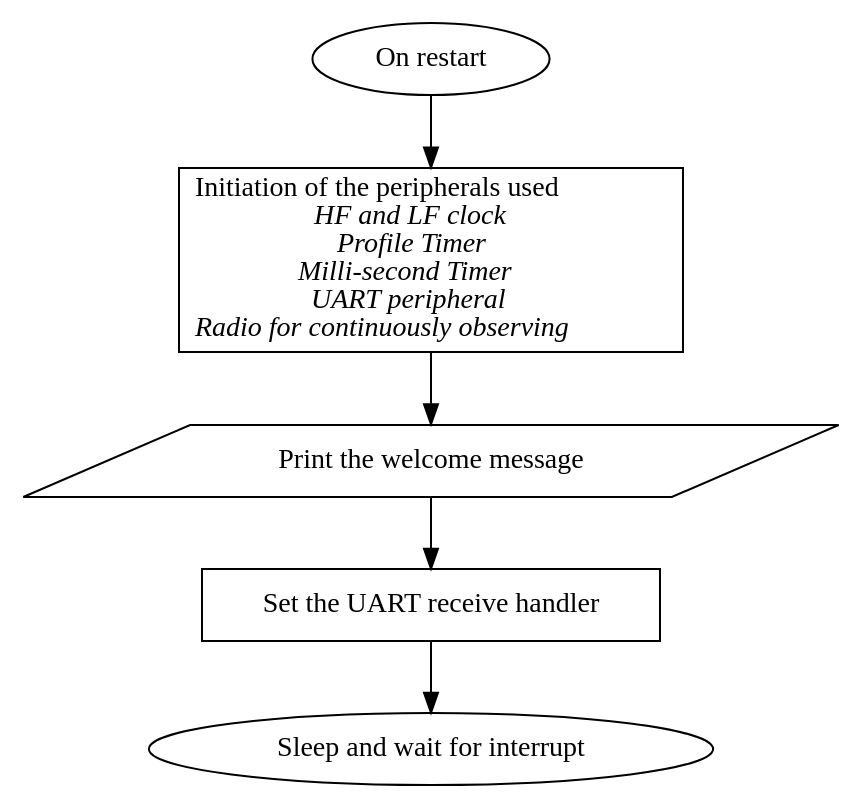
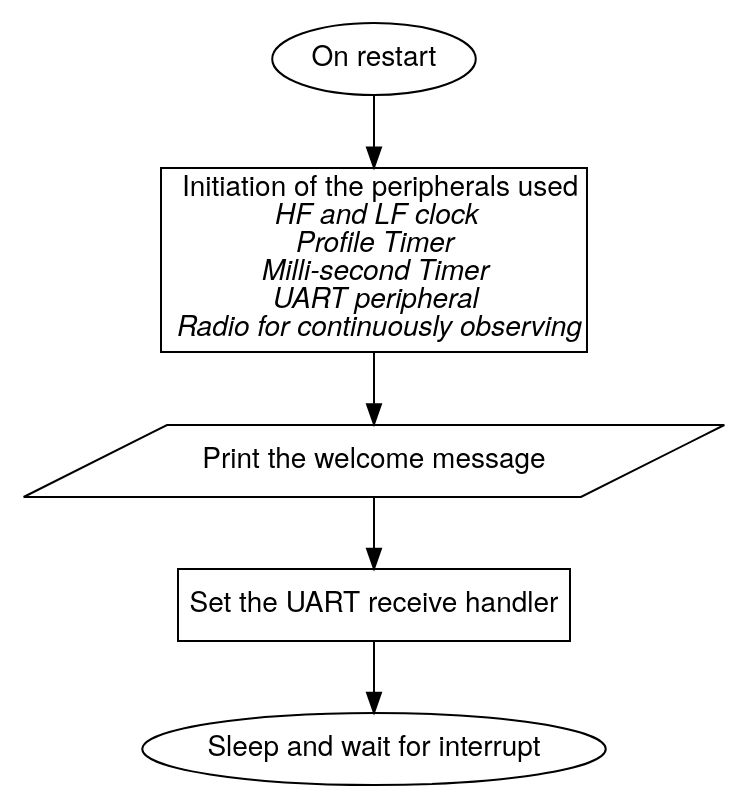
Before and after one commit to EarthLord/MasterThesisReport: the diagram in Images/main_chart.dot, drawn with Graphviz. The commit also changed 48 other files, not shown here.

```diff
--- a/Images/main_chart.dot
+++ b/Images/main_chart.dot
@@ -1,9 +1,13 @@
   digraph main_flow {
- 	a [shape = oval, label = "On restart"]
- 	b [shape = record, label = <Initiation of the peripherals used<br></br><I>HF and LF clock<br></br>Profile Timer<br></br>Milli-second Timer<br></br>UART peripheral<br></br>Radio for continuously observing</I>>]
- 	c [shape = parallelogram, label = "Print the welcome message"]
- 	d [shape = box, label = "Set the UART receive handler"]
- 	e [shape = oval, label = "Sleep and wait for interrupt"]
+//	 graph [fontname = "Helvetica Neue"];
+//	 node [fontname = "Helvetica Neue"];
+//	 edge [fontname = "Helvetica Neue"];
+
+ 	a [shape = oval, label = "On restart",fontname = "Helvetica Neue"]
+ 	b [shape = record, label = <Initiation of the peripherals used<br></br><I>HF and LF clock<br></br>Profile Timer<br></br>Milli-second Timer<br></br>UART peripheral<br></br>Radio for continuously observing</I>>,fontname = "Helvetica Neue"]
+ 	c [shape = parallelogram, label = "Print the welcome message",fontname = "Helvetica Neue"]
+ 	d [shape = box, label = "Set the UART receive handler",fontname = "Helvetica Neue"]
+ 	e [shape = oval, label = "Sleep and wait for interrupt",fontname = "Helvetica Neue"]
  
  	a -> b -> c -> d -> e;
    }
```
